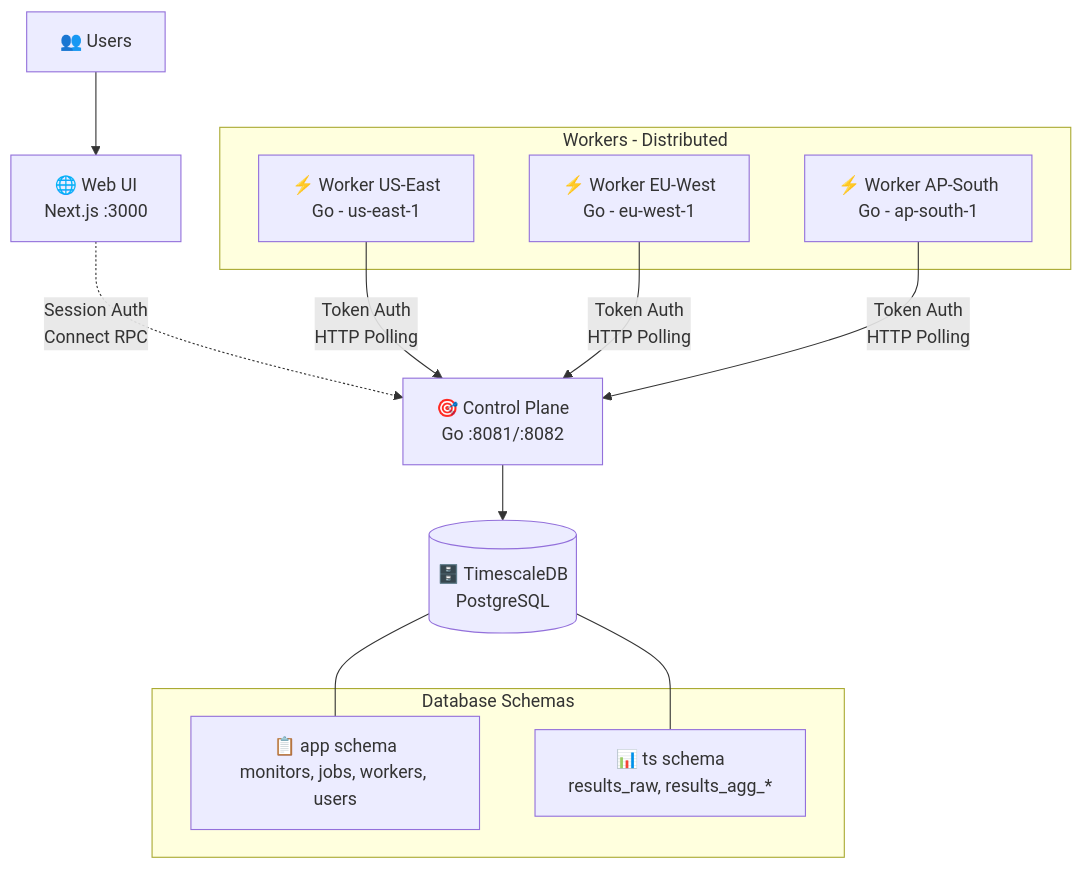
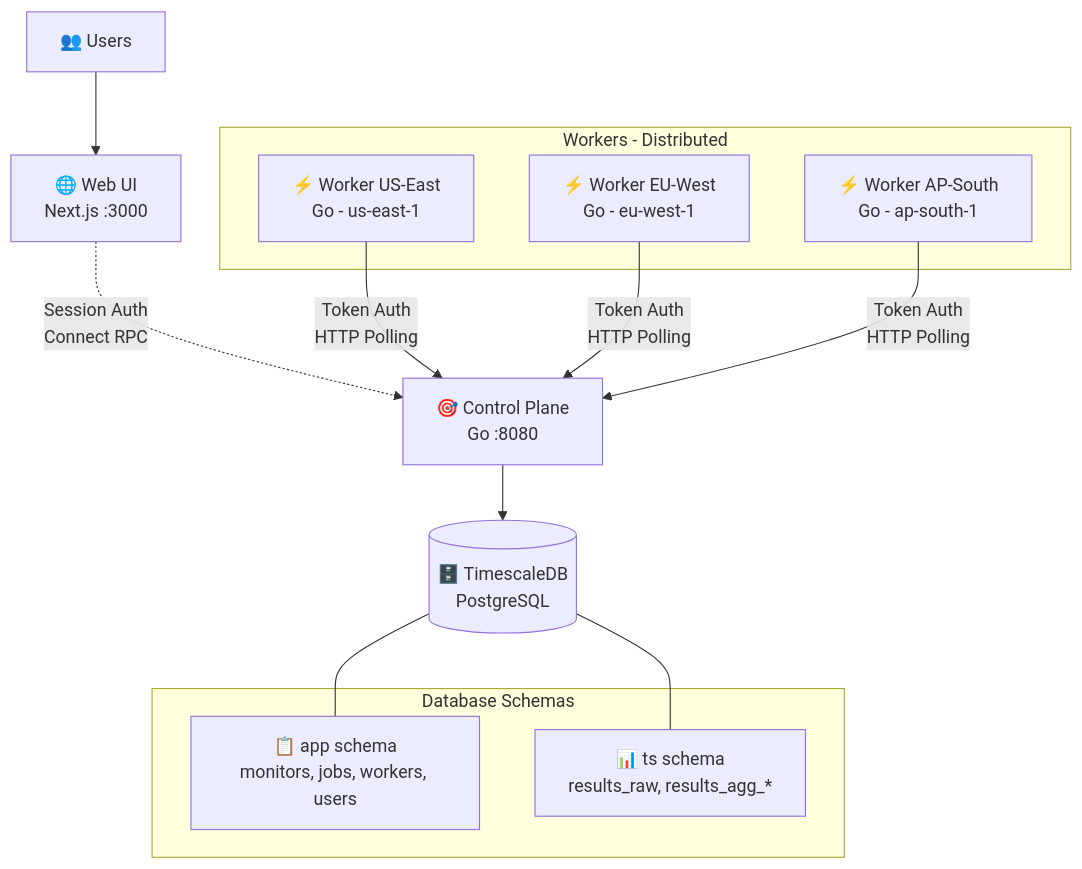
The diagram in README.md (crisog/openseer), drawn with Mermaid before and after one commit. The commit also changed other lines of this file and 14 other files, not shown here.

````diff
--- a/README.md
+++ b/README.md
@@ -7,28 +7,28 @@
 ```mermaid
 graph TB
     Users[👥 Users]
     WebUI[🌐 Web UI<br/>Next.js :3000]
-    ControlPlane[🎯 Control Plane<br/>Go :8081/:8082]
+    ControlPlane[🎯 Control Plane<br/>Go :8080]
     Database[(🗄️ TimescaleDB<br/>PostgreSQL)]
 
     subgraph "Workers - Distributed"
         WorkerUS[⚡ Worker US-East<br/>Go - us-east-1]
         WorkerEU[⚡ Worker EU-West<br/>Go - eu-west-1]
         WorkerAP[⚡ Worker AP-South<br/>Go - ap-south-1]
     end
 
     Users --> WebUI
     WebUI -.->|Session Auth<br/>Connect RPC| ControlPlane
     WorkerUS -->|Token Auth<br/>HTTP Polling| ControlPlane
     WorkerEU -->|Token Auth<br/>HTTP Polling| ControlPlane
     WorkerAP -->|Token Auth<br/>HTTP Polling| ControlPlane
     ControlPlane --> Database
 
     subgraph "Database Schemas"
         AppSchema[📋 app schema<br/>monitors, jobs, workers, users]
         TSSchema[📊 ts schema<br/>results_raw, results_agg_*]
     end
 
     Database --- AppSchema
     Database --- TSSchema
 ```
````
